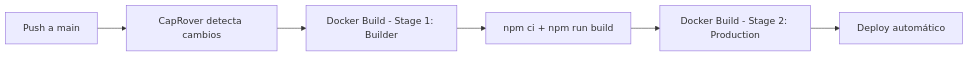
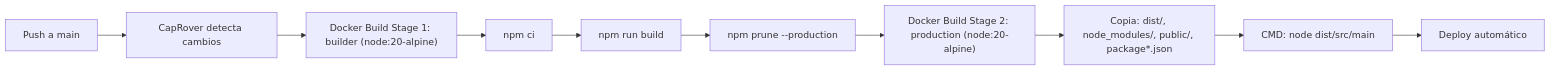
The diagram in sync/feddocs/operations.md (cmontesvergara/doc-forge), drawn with Mermaid before and after one commit. The commit also changed other lines of this file and 5 other files, not shown here.

````diff
--- a/sync/feddocs/operations.md
+++ b/sync/feddocs/operations.md
@@ -9,8 +9,12 @@
 ```mermaid
 graph LR
     A[Push a main] --> B[CapRover detecta cambios]
-    B --> C[Docker Build - Stage 1: Builder]
-    C --> D[npm ci + npm run build]
-    D --> E[Docker Build - Stage 2: Production]
-    E --> F[Deploy automático]
+    B --> C["Docker Build Stage 1: builder (node:20-alpine)"]
+    C --> D[npm ci]
+    D --> E[npm run build]
+    E --> F[npm prune --production]
+    F --> G["Docker Build Stage 2: production (node:20-alpine)"]
+    G --> H["Copia: dist/, node_modules/, public/, package*.json"]
+    H --> I["CMD: node dist/src/main"]
+    I --> J[Deploy automático]
 ```
````
